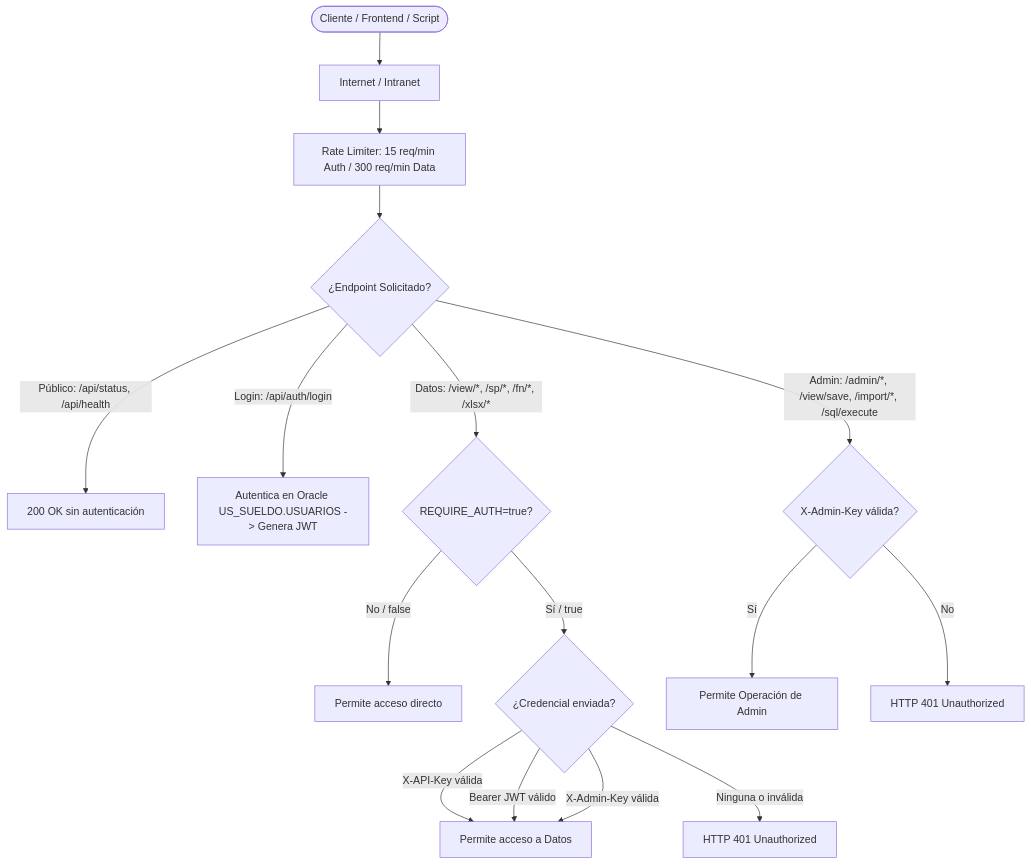
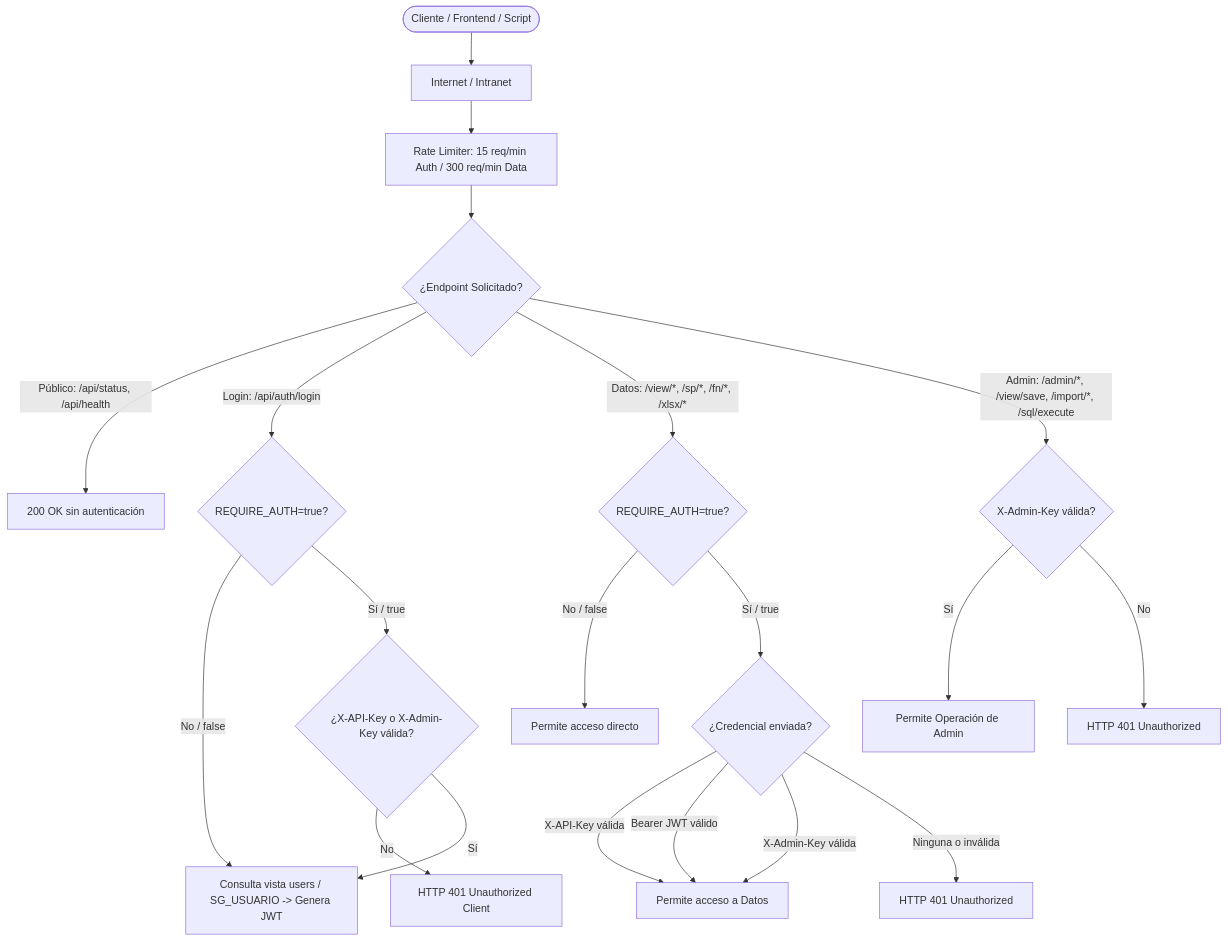
Before and after one commit to jferreyradev/node-apiliq: the diagram in docs/GUIA_SEGURIDAD_Y_AUTENTICACION.md, drawn with Mermaid. The commit also changed other lines of this file and 5 other files, not shown here.

Commit message:
feat(security): proteger /api/auth/login con loginAuthMiddleware (exige X-API-Key)

````diff
--- a/docs/GUIA_SEGURIDAD_Y_AUTENTICACION.md
+++ b/docs/GUIA_SEGURIDAD_Y_AUTENTICACION.md
@@ -11,22 +11,26 @@
 ```mermaid
 flowchart TD
     Cliente([Cliente / Frontend / Script]) --> Red[Internet / Intranet]
     Red --> RateLimiter[Rate Limiter: 15 req/min Auth / 300 req/min Data]
     RateLimiter --> Router{¿Endpoint Solicitado?}
 
     Router -->|Público: /api/status, /api/health| PublicEndpoints[200 OK sin autenticación]
-    Router -->|Login: /api/auth/login| LoginFlow[Autentica en Oracle US_SUELDO.USUARIOS -> Genera JWT]
+    Router -->|Login: /api/auth/login| LoginAuthCheck{REQUIRE_AUTH=true?}
+    LoginAuthCheck -->|No / false| LoginProcess[Consulta vista users / SG_USUARIO -> Genera JWT]
+    LoginAuthCheck -->|Sí / true| LoginKeyCheck{¿X-API-Key o X-Admin-Key válida?}
+    LoginKeyCheck -->|No| Login401[HTTP 401 Unauthorized Client]
+    LoginKeyCheck -->|Sí| LoginProcess
 
     Router -->|Datos: /view/*, /sp/*, /fn/*, /xlsx/*| ClientAuthCheck{REQUIRE_AUTH=true?}
     ClientAuthCheck -->|No / false| DataOpen[Permite acceso directo]
     ClientAuthCheck -->|Sí / true| CredentialCheck{¿Credencial enviada?}
     
     CredentialCheck -->|X-API-Key válida| DataAllow[Permite acceso a Datos]
     CredentialCheck -->|Bearer JWT válido| DataAllow
     CredentialCheck -->|X-Admin-Key válida| DataAllow
     CredentialCheck -->|Ninguna o inválida| Data401[HTTP 401 Unauthorized]
 
     Router -->|Admin: /admin/*, /view/save, /import/*, /sql/execute| AdminAuthCheck{X-Admin-Key válida?}
     AdminAuthCheck -->|Sí| AdminAllow[Permite Operación de Admin]
     AdminAuthCheck -->|No| Admin401[HTTP 401 Unauthorized]
 ```
````
